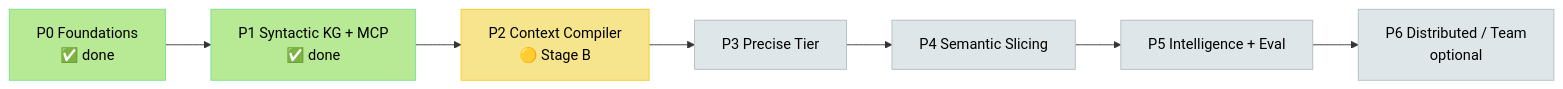
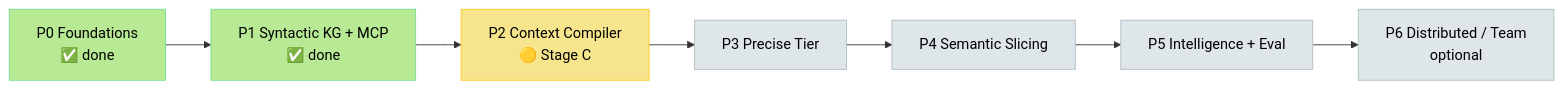
One commit to Md-Jazbee/prism changed the first of 2 diagrams in docs/planning/TASKS-AND-PROGRESS.md. Above: the diagram before and after it, drawn with Mermaid. The commit also changed other lines of this file and 28 other files, not shown here.

First line of the commit message:
Complete Phase 2 Stage B: Evidence Pack compiler with budget and EXPLAIN.

````diff
--- a/docs/planning/TASKS-AND-PROGRESS.md
+++ b/docs/planning/TASKS-AND-PROGRESS.md
@@ -26,17 +26,17 @@
 ```mermaid
 flowchart LR
     P0[P0 Foundations<br/>✅ done] --> P1[P1 Syntactic KG + MCP<br/>✅ done]
-    P1 --> P2[P2 Context Compiler<br/>🟡 Stage B]
+    P1 --> P2[P2 Context Compiler<br/>🟡 Stage C]
     P2 --> P3[P3 Precise Tier]
     P3 --> P4[P4 Semantic Slicing]
     P4 --> P5[P5 Intelligence + Eval]
     P5 --> P6[P6 Distributed / Team<br/>optional]
 
     style P0 fill:#b8e994,stroke:#78e08f,color:#000
     style P1 fill:#b8e994,stroke:#78e08f,color:#000
     style P2 fill:#f6e58d,stroke:#f9ca24,color:#000
     style P3 fill:#dfe6e9,stroke:#b2bec3,color:#000
     style P4 fill:#dfe6e9,stroke:#b2bec3,color:#000
     style P5 fill:#dfe6e9,stroke:#b2bec3,color:#000
     style P6 fill:#dfe6e9,stroke:#b2bec3,color:#000
 ```
````
